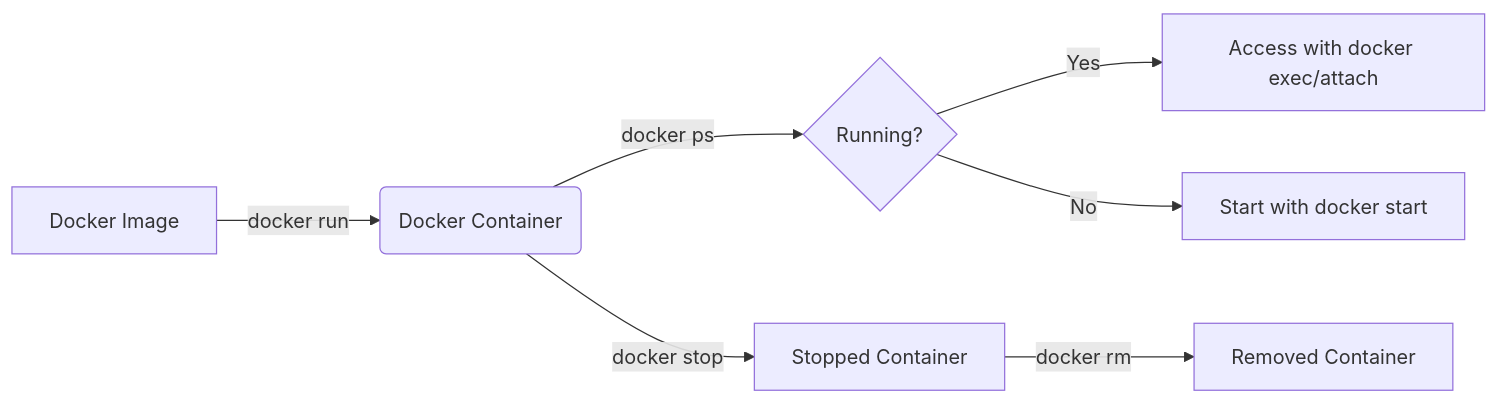
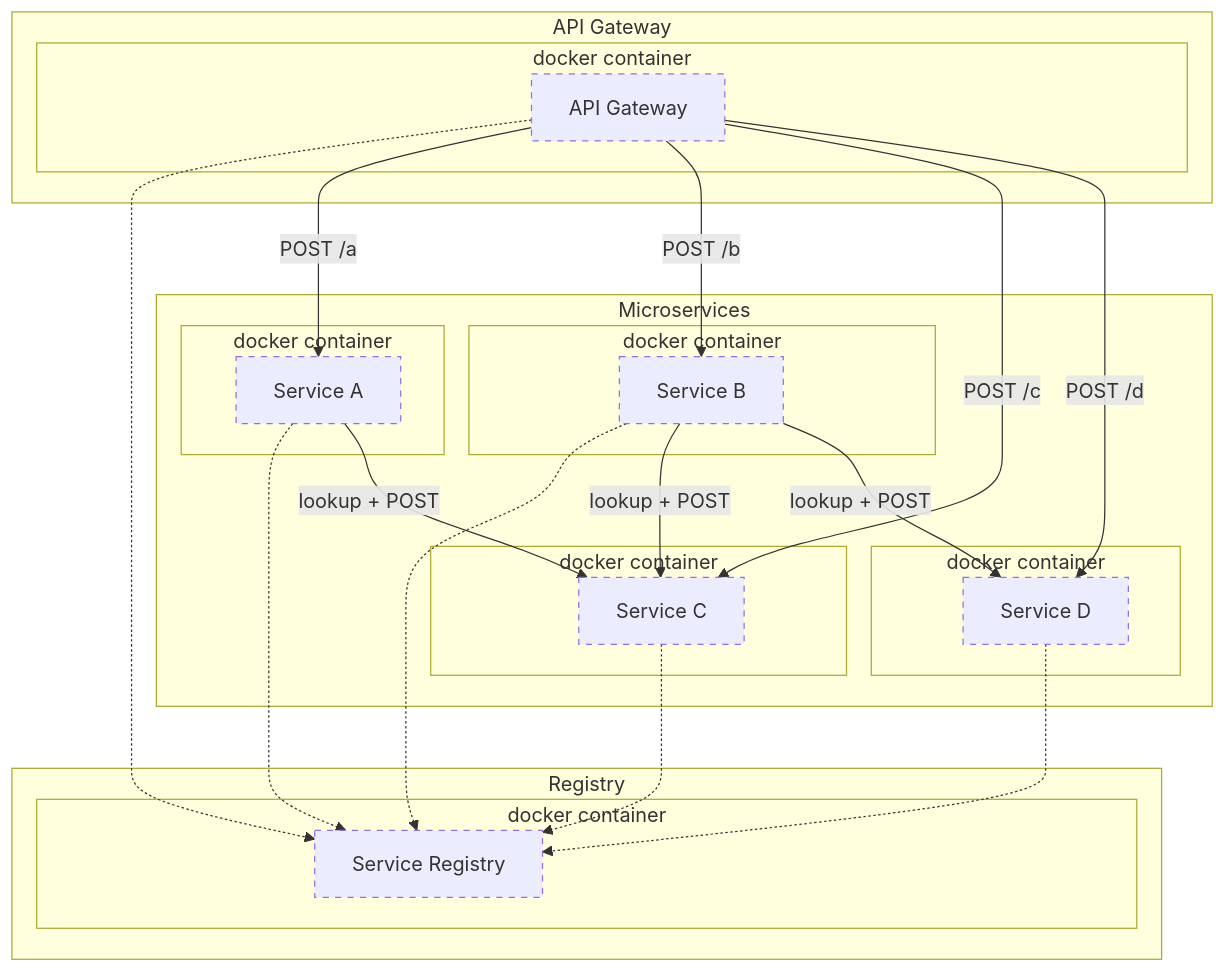
The second of 3 diagrams in modules/06-docker-basics/lectures/06-lecture-02/slides.md (umass-cs-426/426-scalable-web-systems), drawn with Mermaid before and after one commit. The commit also changed other lines of this file and 9 other files, not shown here.

````diff
--- a/modules/06-docker-basics/lectures/06-lecture-02/slides.md
+++ b/modules/06-docker-basics/lectures/06-lecture-02/slides.md
@@ -360,9 +139,55 @@
 ```mermaid
-graph LR
-  A[Docker Image] -->|docker run| B(Docker Container)
-  B -->|docker ps| C{Running?}
-  C -->|Yes| D[Access with docker exec/attach]
-  C -->|No| E[Start with docker start]
-  B -->|docker stop| F[Stopped Container]
-  F -->|docker rm| G[Removed Container]
+flowchart TD
+    
+    %% API Gateway
+    subgraph API Gateway
+        subgraph docker container
+            APIGW[API Gateway]
+        end
+    end
+
+    %% Registry
+    subgraph Registry
+        subgraph docker container
+            REG[Service Registry]
+        end
+    end
+
+    %% Services A-D
+    subgraph Microservices
+        subgraph docker container
+        A[Service A]
+        end
+        subgraph docker container
+        B[Service B]
+        end
+        subgraph docker container
+        C[Service C]
+        end
+        subgraph docker container
+        D[Service D]
+        end
+    end
+
+    %% Registration (dashed arrows)
+    APIGW -.-> REG
+    A -.-> REG
+    B -.-> REG
+    C -.-> REG
+    D -.-> REG
+
+    %% API Gateway forwards requests
+    APIGW -->|POST /a| A
+    APIGW -->|POST /b| B
+    APIGW -->|POST /c| C
+    APIGW -->|POST /d| D
+
+    %% Internal communication
+    A -->|lookup + POST| C
+    B -->|lookup + POST| C
+    B -->|lookup + POST| D
+
+    %% Legend
+    classDef dashed stroke-dasharray: 5 5
+    class REG,APIGW,A,B,C,D dashed
 ```
````
